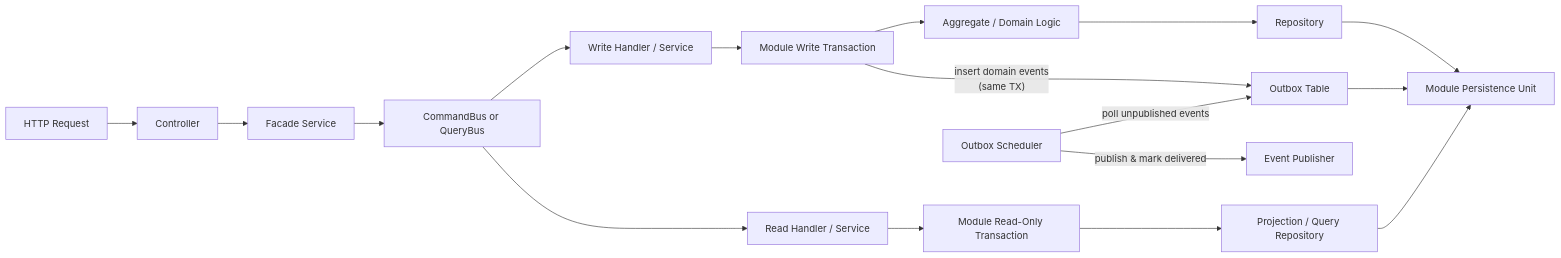
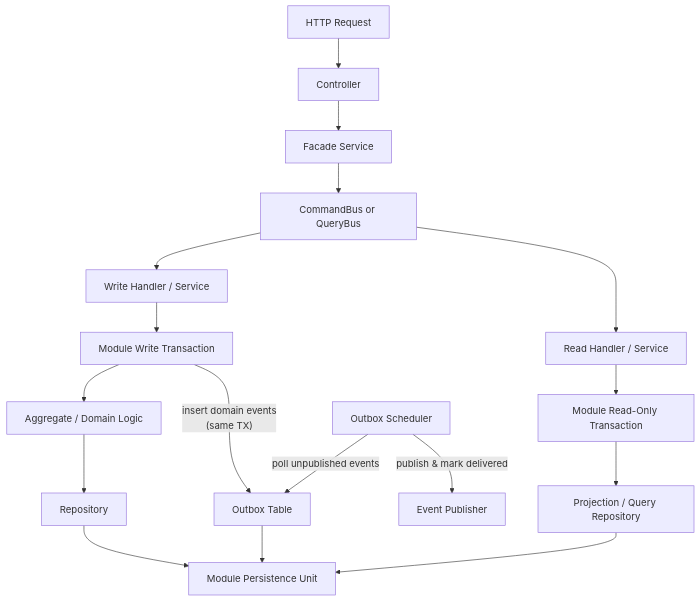
Before and after one commit to khinemyaezin/grab: the second of 2 diagrams in docs/architecture/diagrams/current-system-architecture.md, drawn with Mermaid. The commit also changed 33 other files, not shown here.

````diff
--- a/docs/architecture/diagrams/current-system-architecture.md
+++ b/docs/architecture/diagrams/current-system-architecture.md
@@ -48,23 +48,23 @@
 ```mermaid
-flowchart LR
+flowchart TB
     Request["HTTP Request"] --> Controller["Controller"]
     Controller --> Facade["Facade Service"]
     Facade --> Bus["CommandBus or QueryBus"]
 
     Bus --> Write["Write Handler / Service"]
     Bus --> Read["Read Handler / Service"]
 
     Write --> WriteTx["Module Write Transaction"]
     WriteTx --> Aggregate["Aggregate / Domain Logic"]
     Aggregate --> Repository["Repository"]
     Repository --> ModuleDb["Module Persistence Unit"]
     WriteTx -- "insert domain events\n(same TX)" --> OutboxTable["Outbox Table"]
     OutboxTable --> ModuleDb
 
     Scheduler["Outbox Scheduler"] -- "poll unpublished events" --> OutboxTable
     Scheduler -- "publish & mark delivered" --> EventBus["Event Publisher"]
 
     Read --> ReadTx["Module Read-Only Transaction"]
     ReadTx --> QueryRepo["Projection / Query Repository"]
     QueryRepo --> ModuleDb
 ```
````
